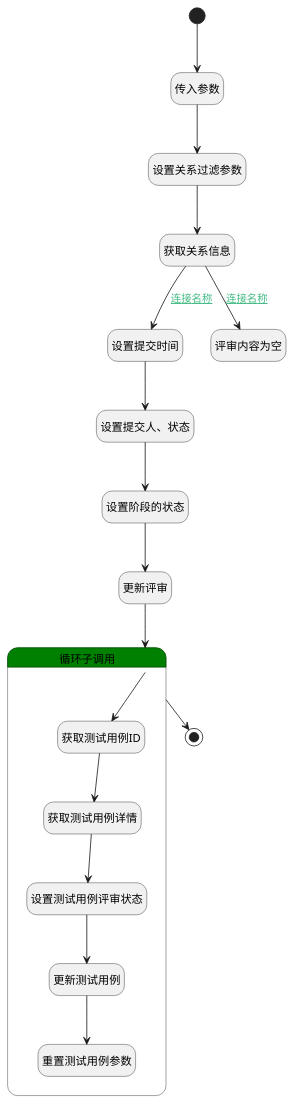
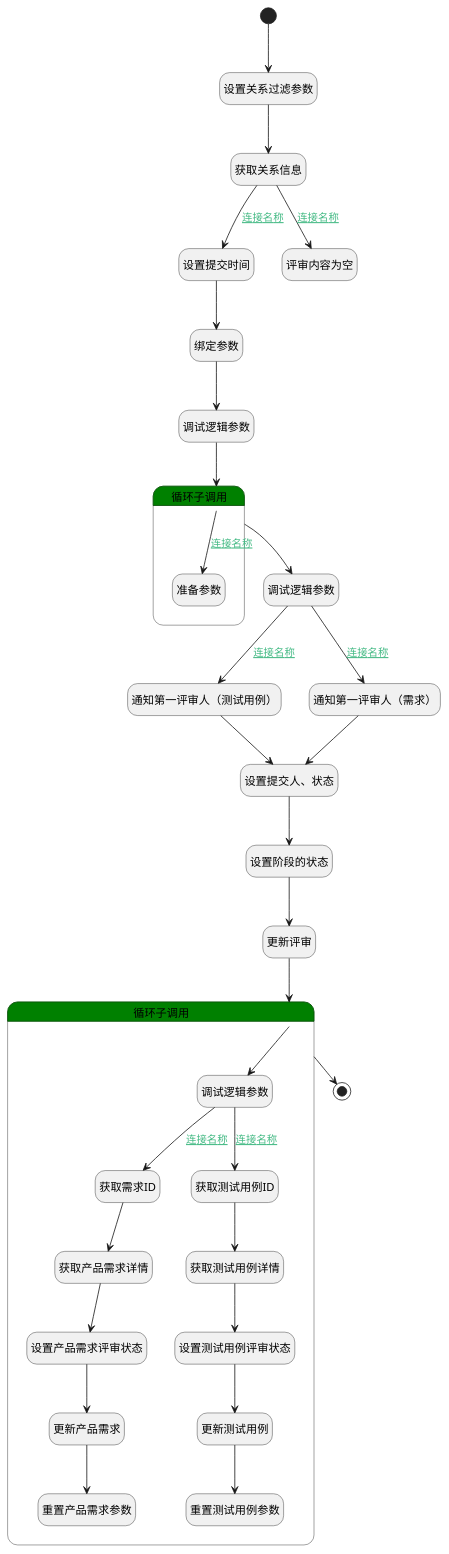
Before and after one commit to iBizLab/plm: the diagram in doc/docsify/module/TestMgmt/review/logic/submit_review.md, drawn with PlantUML. The commit also changed other lines of this file and 799 other files, not shown here.

````diff
--- a/doc/docsify/module/TestMgmt/review/logic/submit_review.md
+++ b/doc/docsify/module/TestMgmt/review/logic/submit_review.md
@@ -7,48 +7,74 @@
 ```plantuml
 @startuml
 hide empty description
 <style>
 root {
   HyperlinkColor #42b983
 }
 </style>
 
 hide empty description
 state "开始" as Begin <<start>> [[$./submit_review#begin {"开始"}]]
-state "传入参数" as DEBUGPARAM1  [[$./submit_review#debugparam1 {"传入参数"}]]
-state "设置提交时间" as RAWSFCODE1  [[$./submit_review#rawsfcode1 {"设置提交时间"}]]
+state "通知第一评审人（测试用例）" as DENOTIFY2  [[$./submit_review#denotify2 {"通知第一评审人（测试用例）"}]]
+state "绑定参数" as BINDPARAM1  [[$./submit_review#bindparam1 {"绑定参数"}]]
+state "调试逻辑参数" as DEBUGPARAM2  [[$./submit_review#debugparam2 {"调试逻辑参数"}]]
+state "调试逻辑参数" as DEBUGPARAM3  [[$./submit_review#debugparam3 {"调试逻辑参数"}]]
 state "设置提交人、状态" as PREPAREPARAM1  [[$./submit_review#prepareparam1 {"设置提交人、状态"}]]
 state "设置阶段的状态" as PREPAREPARAM2  [[$./submit_review#prepareparam2 {"设置阶段的状态"}]]
 state "更新评审" as DEACTION1  [[$./submit_review#deaction1 {"更新评审"}]]
+state "设置关系过滤参数" as PREPAREPARAM3  [[$./submit_review#prepareparam3 {"设置关系过滤参数"}]]
+state "通知第一评审人（需求）" as DENOTIFY1  [[$./submit_review#denotify1 {"通知第一评审人（需求）"}]]
+state "结束" as END1 <<end>> [[$./submit_review#end1 {"结束"}]]
 state "获取关系信息" as DEDATASET1  [[$./submit_review#dedataset1 {"获取关系信息"}]]
-state "设置关系过滤参数" as PREPAREPARAM3  [[$./submit_review#prepareparam3 {"设置关系过滤参数"}]]
-state "结束" as END1 <<end>> [[$./submit_review#end1 {"结束"}]]
+state "设置提交时间" as RAWSFCODE1  [[$./submit_review#rawsfcode1 {"设置提交时间"}]]
 state "评审内容为空" as THROWEXCEPTION1  [[$./submit_review#throwexception1 {"评审内容为空"}]]
+state "循环子调用" as LOOPSUBCALL2  [[$./submit_review#loopsubcall2 {"循环子调用"}]] #green {
+state "准备参数" as PREPAREPARAM6  [[$./submit_review#prepareparam6 {"准备参数"}]]
+}
 state "循环子调用" as LOOPSUBCALL1  [[$./submit_review#loopsubcall1 {"循环子调用"}]] #green {
+state "调试逻辑参数" as DEBUGPARAM4  [[$./submit_review#debugparam4 {"调试逻辑参数"}]]
+state "获取需求ID" as PREPAREPARAM7  [[$./submit_review#prepareparam7 {"获取需求ID"}]]
+state "获取产品需求详情" as DEACTION4  [[$./submit_review#deaction4 {"获取产品需求详情"}]]
+state "设置产品需求评审状态" as PREPAREPARAM8  [[$./submit_review#prepareparam8 {"设置产品需求评审状态"}]]
+state "更新产品需求" as DEACTION5  [[$./submit_review#deaction5 {"更新产品需求"}]]
+state "重置产品需求参数" as RESETPARAM2  [[$./submit_review#resetparam2 {"重置产品需求参数"}]]
 state "获取测试用例ID" as PREPAREPARAM4  [[$./submit_review#prepareparam4 {"获取测试用例ID"}]]
 state "获取测试用例详情" as DEACTION2  [[$./submit_review#deaction2 {"获取测试用例详情"}]]
 state "设置测试用例评审状态" as PREPAREPARAM5  [[$./submit_review#prepareparam5 {"设置测试用例评审状态"}]]
 state "更新测试用例" as DEACTION3  [[$./submit_review#deaction3 {"更新测试用例"}]]
 state "重置测试用例参数" as RESETPARAM1  [[$./submit_review#resetparam1 {"重置测试用例参数"}]]
 }
 
 
-Begin --> DEBUGPARAM1
-DEBUGPARAM1 --> PREPAREPARAM3
+Begin --> PREPAREPARAM3
 PREPAREPARAM3 --> DEDATASET1
 DEDATASET1 --> RAWSFCODE1 : [[$./submit_review#dedataset1-rawsfcode1{连接名称} 连接名称]]
-RAWSFCODE1 --> PREPAREPARAM1
+RAWSFCODE1 --> BINDPARAM1
+BINDPARAM1 --> DEBUGPARAM2
+DEBUGPARAM2 --> LOOPSUBCALL2
+LOOPSUBCALL2 --> DEBUGPARAM3
+DEBUGPARAM3 --> DENOTIFY2 : [[$./submit_review#debugparam3-denotify2{连接名称} 连接名称]]
+DENOTIFY2 --> PREPAREPARAM1
 PREPAREPARAM1 --> PREPAREPARAM2
 PREPAREPARAM2 --> DEACTION1
 DEACTION1 --> LOOPSUBCALL1
-LOOPSUBCALL1 --> PREPAREPARAM4
+LOOPSUBCALL1 --> DEBUGPARAM4
+DEBUGPARAM4 --> PREPAREPARAM7 : [[$./submit_review#debugparam4-prepareparam7{连接名称} 连接名称]]
+PREPAREPARAM7 --> DEACTION4
+DEACTION4 --> PREPAREPARAM8
+PREPAREPARAM8 --> DEACTION5
+DEACTION5 --> RESETPARAM2
+DEBUGPARAM4 --> PREPAREPARAM4 : [[$./submit_review#debugparam4-prepareparam4{连接名称} 连接名称]]
 PREPAREPARAM4 --> DEACTION2
 DEACTION2 --> PREPAREPARAM5
 PREPAREPARAM5 --> DEACTION3
 DEACTION3 --> RESETPARAM1
 LOOPSUBCALL1 --> END1
+DEBUGPARAM3 --> DENOTIFY1 : [[$./submit_review#debugparam3-denotify1{连接名称} 连接名称]]
+DENOTIFY1 --> PREPAREPARAM1
+LOOPSUBCALL2 --> PREPAREPARAM6 : [[$./submit_review#loopsubcall2-prepareparam6{连接名称} 连接名称]]
 DEDATASET1 --> THROWEXCEPTION1 : [[$./submit_review#dedataset1-throwexception1{连接名称} 连接名称]]
 
 
 @enduml
 ```
````
